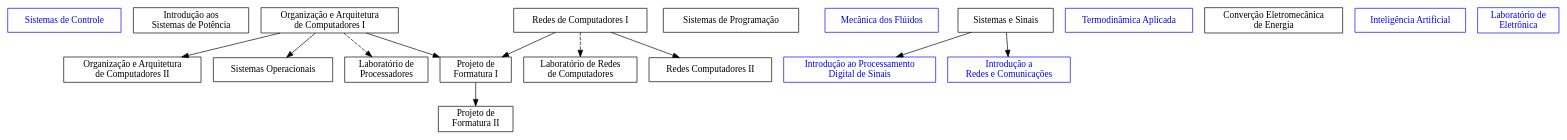
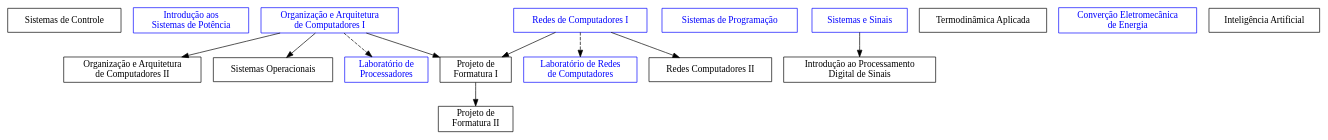
Before and after one commit to nmcardoso/poli: the diagram in materias/materias.gv, drawn with Graphviz. The commit also changed 1 other file, not shown here.

```diff
--- a/materias/materias.gv
+++ b/materias/materias.gv
@@ -1,52 +1,48 @@
 digraph g {
   # defaults
   node [shape=box];
 
 
-	PTC3313 [label="Sistemas de Controle", color="blue", fontcolor="blue"];
+	PTC3313 [label="Sistemas de Controle"];
 
-	PEA3301 [label="Introdução aos\n Sistemas de Potência"];
-  PCS3412 [label="Organização e Arquitetura\n de Computadores I"];
-	PCS3216 [label="Sistemas de Programação"];
-  PME3332 [label="Mecânica dos Flúidos", color="blue", fontcolor="blue"];
-	PTC3307 [label="Sistemas e Sinais"];
-  PME3344 [label="Termodinâmica Aplicada", color="blue", fontcolor="blue"];
-	PEA3306 [label="Converção Eletromecânica\n de Energia"];
+	PEA3301 [label="Introdução aos\n Sistemas de Potência", color="blue", fontcolor="blue"];
+  PCS3412 [label="Organização e Arquitetura\n de Computadores I", color="blue", fontcolor="blue"];
+	PCS3216 [label="Sistemas de Programação", color="blue", fontcolor="blue"];
+	PTC3307 [label="Sistemas e Sinais", color="blue", fontcolor="blue"];
+  PME3344 [label="Termodinâmica Aplicada"];
+	PEA3306 [label="Converção Eletromecânica\n de Energia", color="blue", fontcolor="blue"];
 
-  PCS3438 [label="Inteligência Artificial", color="blue", fontcolor="blue"];
-	PSI3323 [label="Laboratório de\n Eletrônica", color="blue", fontcolor="blue"];
-	PTC3361 [label="Introdução ao Processamento\n Digital de Sinais", color="blue", fontcolor="blue"];
-	PTC3360 [label="Introdução a\n Redes e Comunicações", color="blue", fontcolor="blue"];
+  PCS3438 [label="Inteligência Artificial"];
+	PTC3361 [label="Introdução ao Processamento\n Digital de Sinais"];
 	PCS3422 [label="Organização e Arquitetura\n de Computadores II"];
 	PCS3446 [label="Sistemas Operacionais"];
 
-	PCS3432 [label="Laboratório de\n Processadores"];
-	PCS3414 [label="Redes de Computadores I"];
-	PCS3434 [label="Laboratório de Redes\n de Computadores"];
+	PCS3432 [label="Laboratório de\n Processadores", color="blue", fontcolor="blue"];
+	PCS3414 [label="Redes de Computadores I", color="blue", fontcolor="blue"];
+	PCS3434 [label="Laboratório de Redes\n de Computadores", color="blue", fontcolor="blue"];
 	PCS3550 [label="Projeto de\n Formatura I"];
 	#M1 [label="Módulo I"];
 	#M2 [label="Módulo II"];
 	#M3 [label="Módulo III"];
 	#PCS3567 [label="Estágio Supervisionado"];
 	
 	PCS3424 [label="Redes Computadores II"];
 	PCS3560 [label="Projeto de\n Formatura II"];
 	#M4 [label="Módulo IV"];
 	#M5 [label="Módulo V"];
 	#M6 [label="Módulo VI"];
 	#PCS3577 [label="Estágio Supervisionado II"];
 	
 	
 	
 	PTC3307 -> PTC3361;
-	PTC3307 -> PTC3360;
 	PCS3412 -> PCS3422;
 	PCS3412 -> PCS3446;
 	
 	PCS3412 -> PCS3432 [style="dashed"];
 	PCS3414 -> PCS3434 [style="dashed"];
 	{PCS3414, PCS3412} -> PCS3550;
 	
 	PCS3414 -> PCS3424;
 	PCS3550 -> PCS3560;
 }
```
